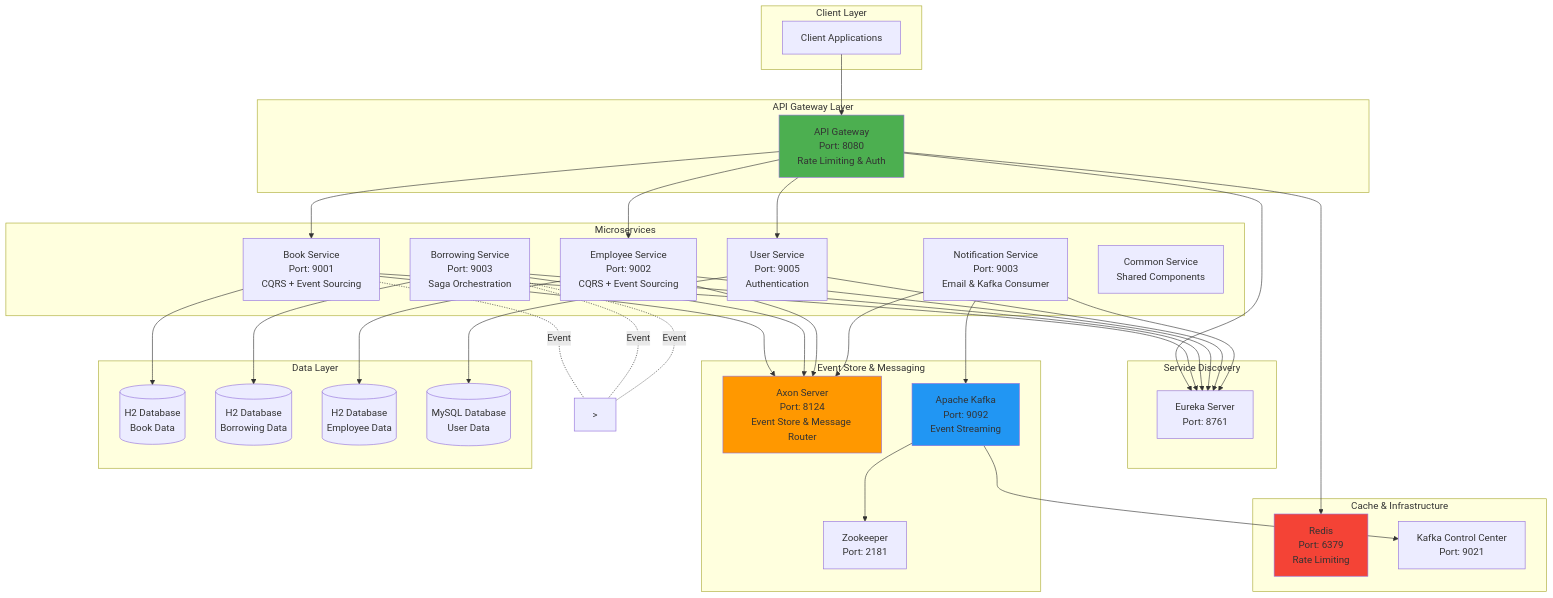
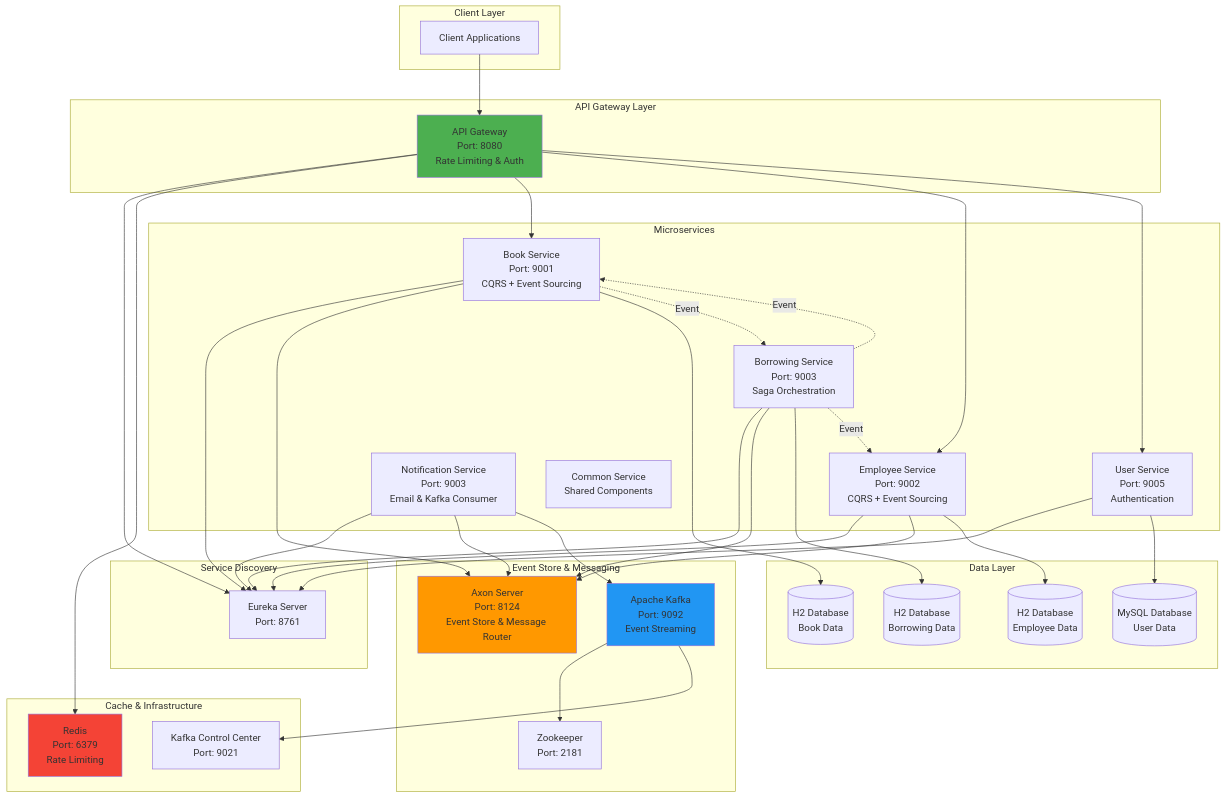
One commit to QuanQT74/microservice-eventsourcing changed the diagram in README.md. Above: the diagram before and after it, drawn with Mermaid. The commit also changed other lines of this file, not shown here.

````diff
--- a/README.md
+++ b/README.md
@@ -11,77 +12,77 @@
 ```mermaid
 graph TB
     subgraph "Client Layer"
         Client[Client Applications]
     end
 
     subgraph "API Gateway Layer"
         Gateway[API Gateway<br/>Port: 8080<br/>Rate Limiting & Auth]
     end
 
     subgraph "Service Discovery"
         Eureka[Eureka Server<br/>Port: 8761]
     end
 
     subgraph "Microservices"
         BookService[Book Service<br/>Port: 9001<br/>CQRS + Event Sourcing]
         BorrowingService[Borrowing Service<br/>Port: 9003<br/>Saga Orchestration]
         EmployeeService[Employee Service<br/>Port: 9002<br/>CQRS + Event Sourcing]
         UserService[User Service<br/>Port: 9005<br/>Authentication]
         NotificationService[Notification Service<br/>Port: 9003<br/>Email & Kafka Consumer]
         CommonService[Common Service<br/>Shared Components]
     end
 
     subgraph "Event Store & Messaging"
         AxonServer[Axon Server<br/>Port: 8124<br/>Event Store & Message Router]
         Kafka[Apache Kafka<br/>Port: 9092<br/>Event Streaming]
         Zookeeper[Zookeeper<br/>Port: 2181]
     end
 
     subgraph "Data Layer"
         BookDB[(H2 Database<br/>Book Data)]
         BorrowingDB[(H2 Database<br/>Borrowing Data)]
         EmployeeDB[(H2 Database<br/>Employee Data)]
         UserDB[(MySQL Database<br/>User Data)]
     end
 
     subgraph "Cache & Infrastructure"
         Redis[Redis<br/>Port: 6379<br/>Rate Limiting]
         ControlCenter[Kafka Control Center<br/>Port: 9021]
     end
 
     Client --> Gateway
     Gateway --> Eureka
     Gateway --> Redis
     Gateway --> BookService
     Gateway --> EmployeeService
     Gateway --> UserService
 
     BookService --> Eureka
     BorrowingService --> Eureka
     EmployeeService --> Eureka
     UserService --> Eureka
     NotificationService --> Eureka
 
     BookService --> AxonServer
     BorrowingService --> AxonServer
     EmployeeService --> AxonServer
     NotificationService --> AxonServer
 
     BookService --> BookDB
     BorrowingService --> BorrowingDB
     EmployeeService --> EmployeeDB
     UserService --> UserDB
 
     NotificationService --> Kafka
     Kafka --> Zookeeper
     Kafka --> ControlCenter
 
-    BookService -.Event.-&gt; BorrowingService
-    BorrowingService -.Event.-&gt; BookService
-    BorrowingService -.Event.-&gt; EmployeeService
+    BookService -.Event.-> BorrowingService
+    BorrowingService -.Event.-> BookService
+    BorrowingService -.Event.-> EmployeeService
 
     style Gateway fill:#4CAF50
     style AxonServer fill:#FF9800
     style Kafka fill:#2196F3
     style Redis fill:#F44336
 ```
````
